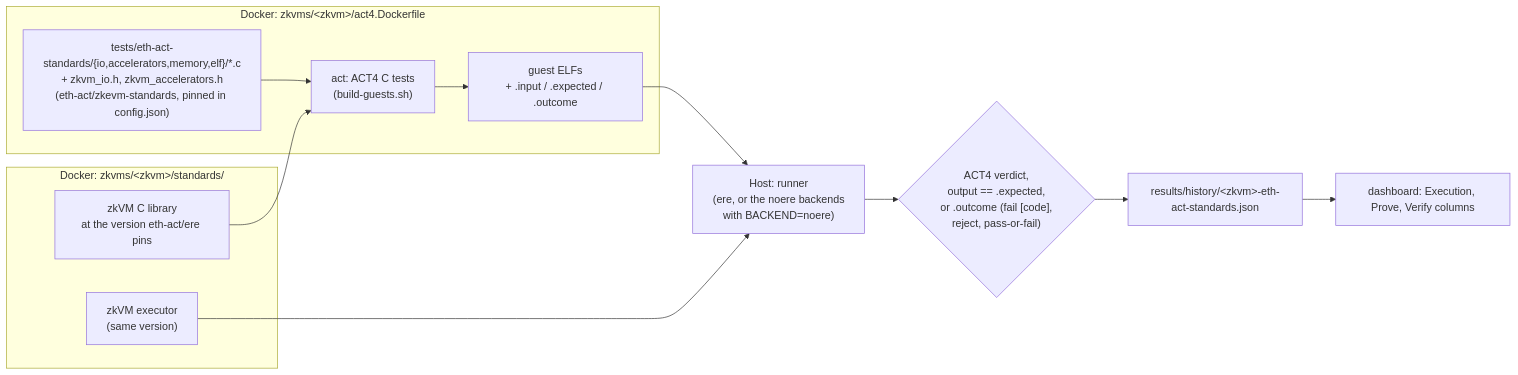
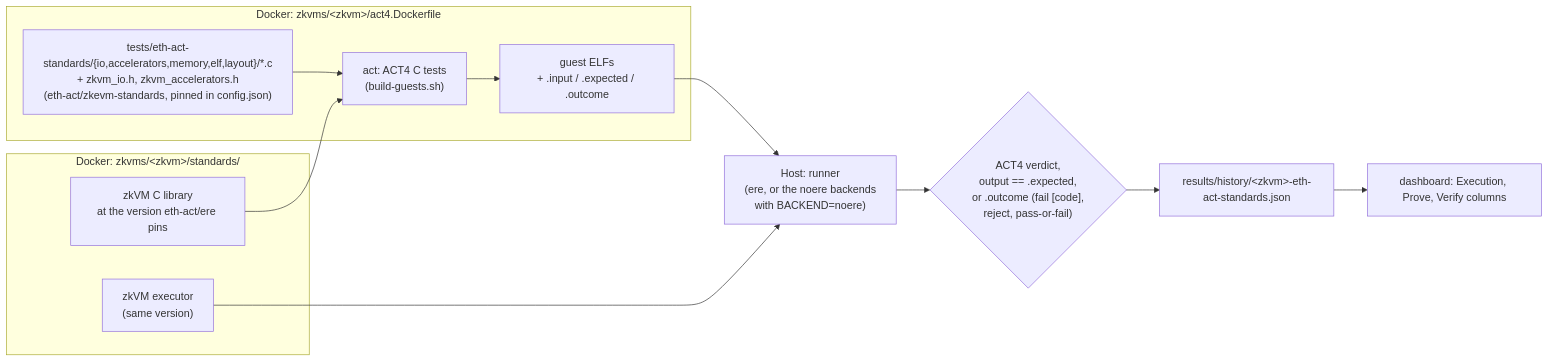
One commit to eth-act/zkevm-test-monitor changed the second of 2 diagrams in README.md. Above: the diagram before and after it, drawn with Mermaid. The commit also changed other lines of this file and 4 other files, not shown here.

First line of the commit message:
Docs: the memory layout tests

````diff
--- a/README.md
+++ b/README.md
@@ -71,17 +71,17 @@
 ```mermaid
 flowchart LR
     subgraph image["Docker: zkvms/&lt;zkvm&gt;/standards/"]
         vendor["zkVM C library<br/>at the version eth-act/ere pins"]
         exe["zkVM executor<br/>(same version)"]
     end
     subgraph act["Docker: zkvms/&lt;zkvm&gt;/act4.Dockerfile"]
-        src["tests/eth-act-standards/{io,accelerators,memory,elf}/*.c<br/>+ zkvm_io.h, zkvm_accelerators.h<br/>(eth-act/zkevm-standards, pinned in config.json)"] --> build["act: ACT4 C tests<br/>(build-guests.sh)"]
+        src["tests/eth-act-standards/{io,accelerators,memory,elf,layout}/*.c<br/>+ zkvm_io.h, zkvm_accelerators.h<br/>(eth-act/zkevm-standards, pinned in config.json)"] --> build["act: ACT4 C tests<br/>(build-guests.sh)"]
         build --> elfs["guest ELFs<br/>+ .input / .expected / .outcome"]
     end
     vendor --> build
     elfs --> runner["Host: runner<br/>(ere, or the noere backends<br/>with BACKEND=noere)"]
     exe --> runner
     runner --> verdict{"ACT4 verdict,<br/>output == .expected,<br/>or .outcome (fail [code],<br/>reject, pass-or-fail)"}
     verdict --> hist["results/history/&lt;zkvm&gt;-eth-act-standards.json"]
     hist --> dash["dashboard: Execution, Prove, Verify columns"]
 ```
````
